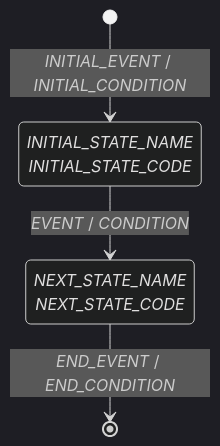
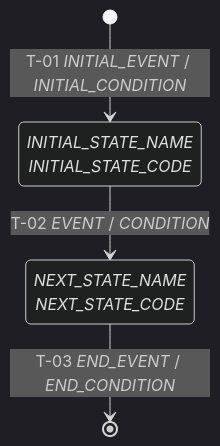
Before and after one commit to specdojo/specdojo: the diagram in docs/ja/specdojo/templates/stsd-template.md, drawn with Mermaid (dark theme). The commit also changed other lines of this file and 7 other files, not shown here.

````diff
--- a/docs/ja/specdojo/templates/stsd-template.md
+++ b/docs/ja/specdojo/templates/stsd-template.md
@@ -43,8 +59,8 @@
 ```mermaid
 stateDiagram-v2
   state "_INITIAL_STATE_NAME_<br>_INITIAL_STATE_CODE_" as initial_state
   state "_NEXT_STATE_NAME_<br>_NEXT_STATE_CODE_" as next_state
-  [*] --> initial_state : _INITIAL_EVENT_ / _INITIAL_CONDITION_
-  initial_state --> next_state : _EVENT_ / _CONDITION_
-  next_state --> [*] : _END_EVENT_ / _END_CONDITION_
+  [*] --> initial_state : T-01 _INITIAL_EVENT_ / _INITIAL_CONDITION_
+  initial_state --> next_state : T-02 _EVENT_ / _CONDITION_
+  next_state --> [*] : T-03 _END_EVENT_ / _END_CONDITION_
 ```
````
